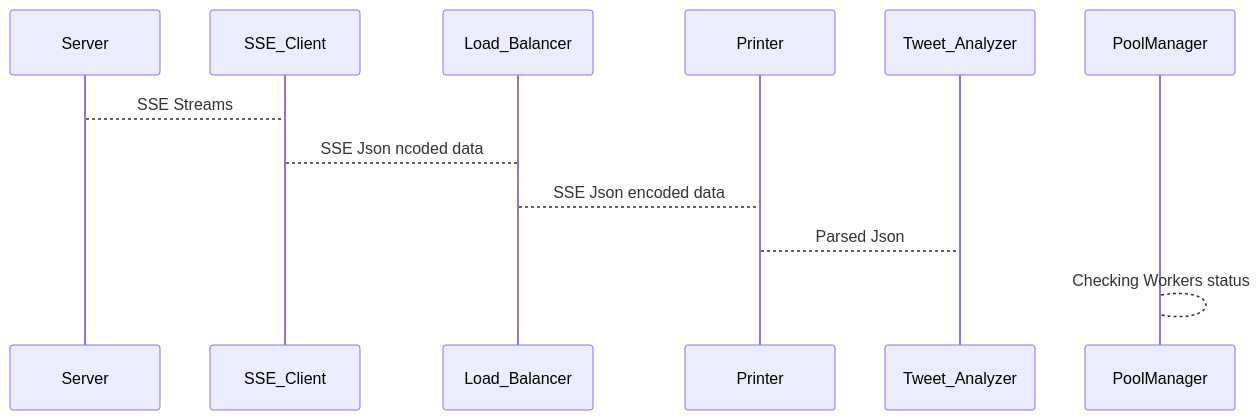
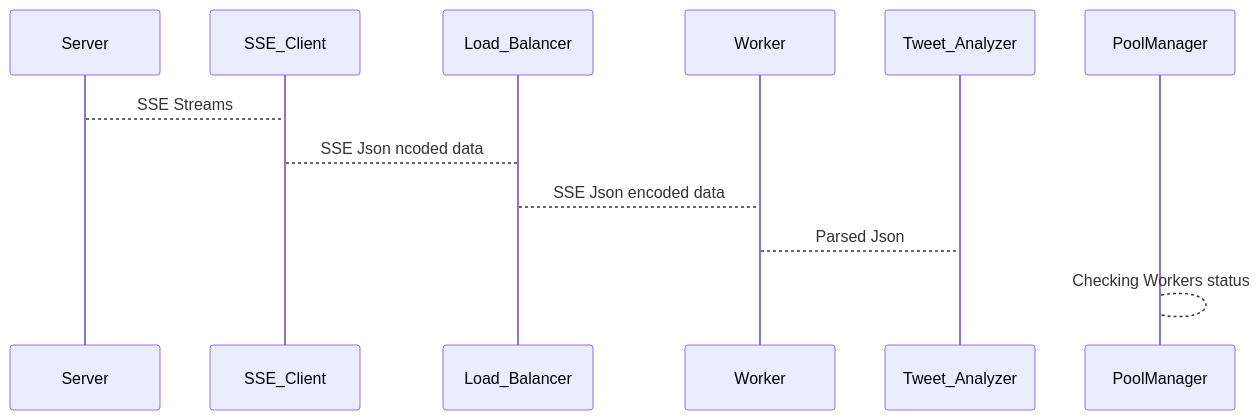
Before and after one commit to creestee/ptr_lab_2: the diagram in diagrams/message_flow_diagrams/week4.md, drawn with Mermaid. The commit also changed 4 other files, not shown here.

````diff
--- a/diagrams/message_flow_diagrams/week4.md
+++ b/diagrams/message_flow_diagrams/week4.md
@@ -1,8 +1,8 @@
 ```mermaid
 sequenceDiagram
     Server-->SSE_Client: SSE Streams
     SSE_Client-->Load_Balancer: SSE Json ncoded data
-    Load_Balancer-->Printer: SSE Json encoded data
-    Printer-->Tweet_Analyzer: Parsed Json
+    Load_Balancer-->Worker: SSE Json encoded data
+    Worker-->Tweet_Analyzer: Parsed Json
     PoolManager-->PoolManager: Checking Workers status
 ```
````
